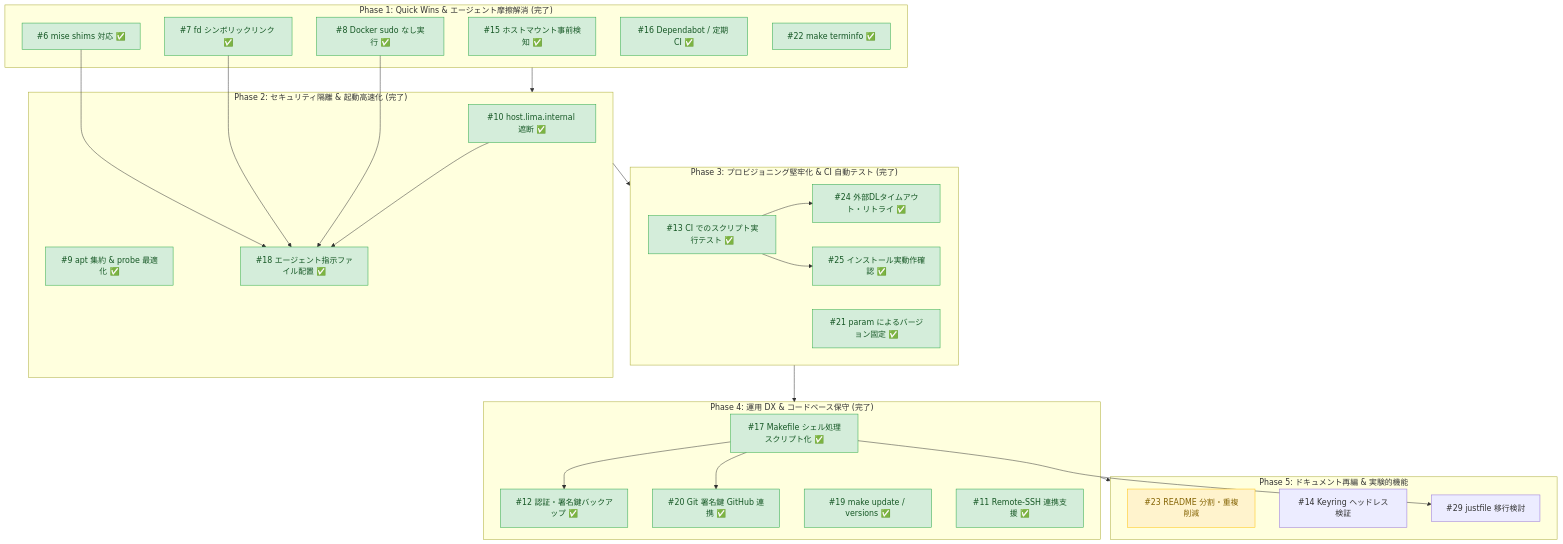
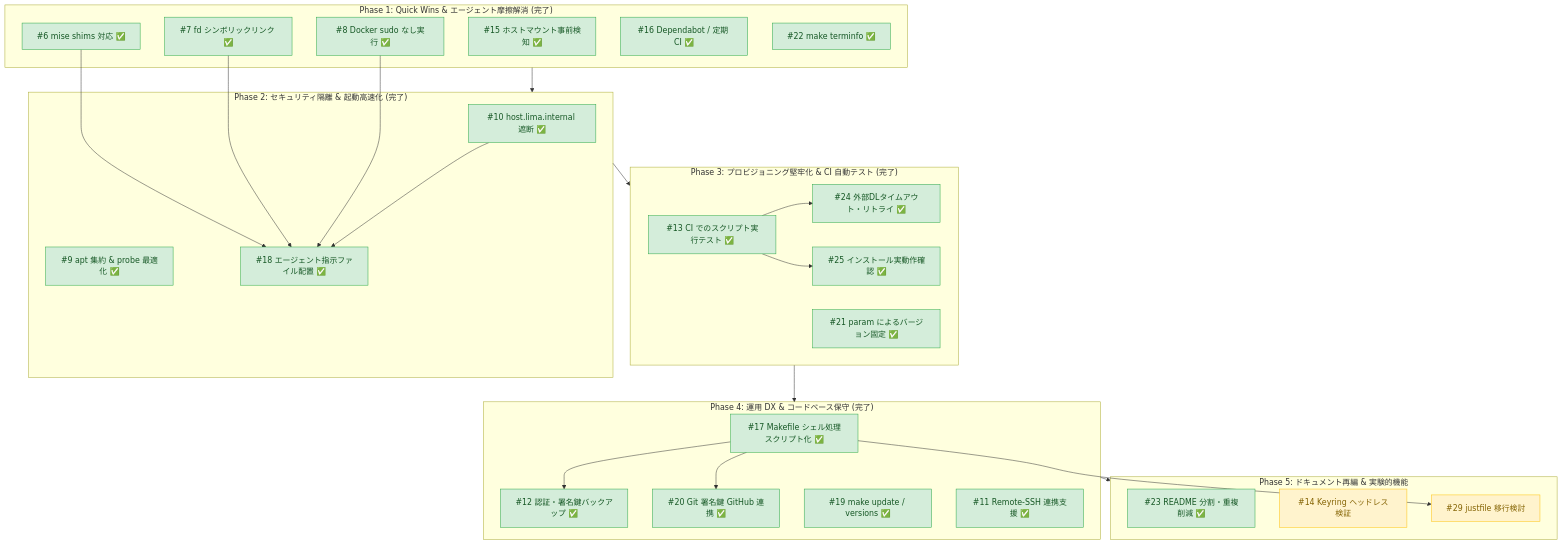
The diagram in docs/issue-prioritization.md (ikuy1203/lima-coding-sandbox), drawn with Mermaid before and after one commit. The commit also changed other lines of this file and 15 other files, not shown here.

````diff
--- a/docs/issue-prioritization.md
+++ b/docs/issue-prioritization.md
@@ -94,57 +96,57 @@
 ```mermaid
 flowchart TD
     subgraph Phase1["Phase 1: Quick Wins & エージェント摩擦解消 (完了)"]
         I15["#15 ホストマウント事前検知 ✅"]
         I7["#7 fd シンボリックリンク ✅"]
         I8["#8 Docker sudo なし実行 ✅"]
         I6["#6 mise shims 対応 ✅"]
         I16["#16 Dependabot / 定期 CI ✅"]
         I22["#22 make terminfo ✅"]
     end
 
     subgraph Phase2["Phase 2: セキュリティ隔離 & 起動高速化 (完了)"]
         I10["#10 host.lima.internal 遮断 ✅"]
         I9["#9 apt 集約 & probe 最適化 ✅"]
         I18["#18 エージェント指示ファイル配置 ✅"]
     end
 
     subgraph Phase3["Phase 3: プロビジョニング堅牢化 & CI 自動テスト (完了)"]
         I13["#13 CI でのスクリプト実行テスト ✅"]
         I24["#24 外部DLタイムアウト・リトライ ✅"]
         I25["#25 インストール実動作確認 ✅"]
         I21["#21 param によるバージョン固定 ✅"]
     end
 
     subgraph Phase4["Phase 4: 運用 DX & コードベース保守 (完了)"]
         I17["#17 Makefile シェル処理スクリプト化 ✅"]
         I12["#12 認証・署名鍵バックアップ ✅"]
         I20["#20 Git 署名鍵 GitHub 連携 ✅"]
         I19["#19 make update / versions ✅"]
         I11["#11 Remote-SSH 連携支援 ✅"]
     end
 
     subgraph Phase5["Phase 5: ドキュメント再編 & 実験的機能"]
-        I23["#23 README 分割・重複削減"]
+        I23["#23 README 分割・重複削減 ✅"]
         I14["#14 Keyring ヘッドレス検証"]
         I29["#29 justfile 移行検討"]
     end
 
     Phase1 --> Phase2
     Phase2 --> Phase3
     Phase3 --> Phase4
     Phase4 --> Phase5
     I6 --> I18
     I7 --> I18
     I8 --> I18
     I10 --> I18
     I13 --> I24
     I13 --> I25
     I17 --> I12
     I17 --> I20
     I17 --> I29
 
     classDef done fill:#d4edda,stroke:#28a745,color:#155724
     classDef next fill:#fff3cd,stroke:#ffc107,color:#856404
-    class I15,I7,I8,I6,I16,I22,I10,I9,I18,I13,I24,I25,I21,I17,I12,I20,I19,I11 done
-    class I23 next
+    class I15,I7,I8,I6,I16,I22,I10,I9,I18,I13,I24,I25,I21,I17,I12,I20,I19,I11,I23 done
+    class I14,I29 next
 ```
````
